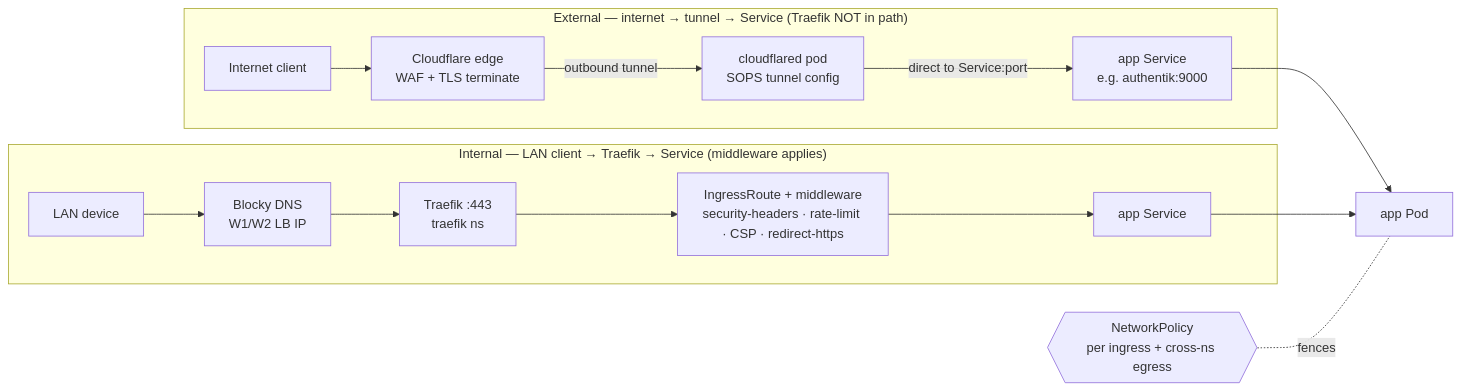
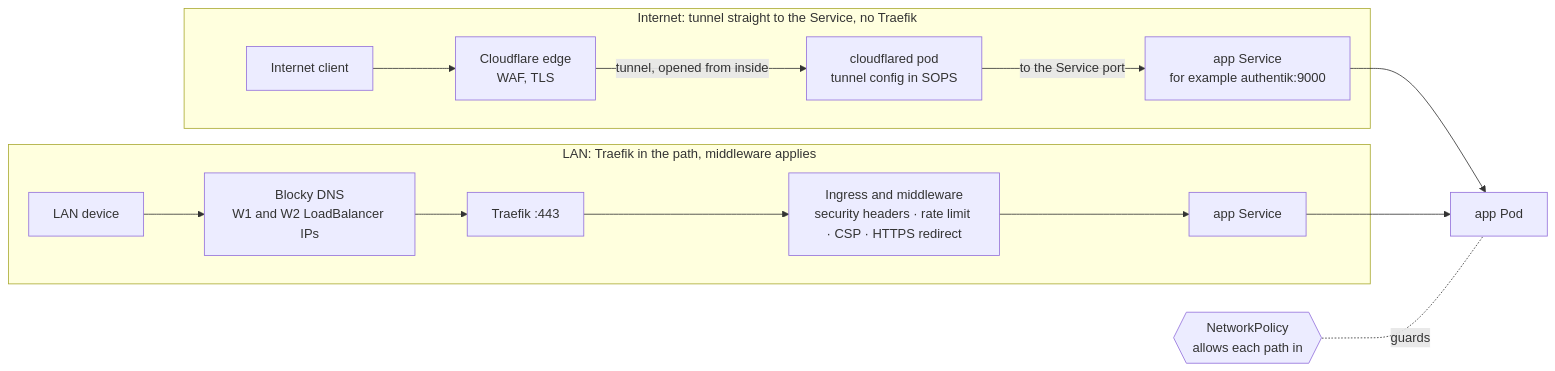
One commit to AKhozya/homelab changed the third of 4 diagrams in docs/ARCHITECTURE.md. Above: the diagram before and after it, drawn with Mermaid. The commit also changed other lines of this file and 1 other file, not shown here.

Commit message:
docs: rewrite README and ARCHITECTURE in plain English with re-derived facts and refreshed diagrams

````diff
--- a/docs/ARCHITECTURE.md
+++ b/docs/ARCHITECTURE.md
@@ -74,17 +106,17 @@
 ```mermaid
 flowchart LR
-  subgraph EXT["External — internet → tunnel → Service (Traefik NOT in path)"]
-    U1["Internet client"] --> CF["Cloudflare edge<br/>WAF + TLS terminate"]
-    CF -->|"outbound tunnel"| CFD["cloudflared pod<br/>SOPS tunnel config"]
-    CFD -->|"direct to Service:port"| SVCE["app Service<br/>e.g. authentik:9000"]
+  subgraph EXT["Internet: tunnel straight to the Service, no Traefik"]
+    U1["Internet client"] --> CF["Cloudflare edge<br/>WAF, TLS"]
+    CF -->|"tunnel, opened from inside"| CFD["cloudflared pod<br/>tunnel config in SOPS"]
+    CFD -->|"to the Service port"| SVCE["app Service<br/>for example authentik:9000"]
   end
-  subgraph INT["Internal — LAN client → Traefik → Service (middleware applies)"]
-    U2["LAN device"] --> BL["Blocky DNS<br/>W1/W2 LB IP"]
-    BL --> TR["Traefik :443<br/>traefik ns"]
-    TR --> ING["IngressRoute + middleware<br/>security-headers · rate-limit · CSP · redirect-https"]
+  subgraph INT["LAN: Traefik in the path, middleware applies"]
+    U2["LAN device"] --> BL["Blocky DNS<br/>W1 and W2 LoadBalancer IPs"]
+    BL --> TR["Traefik :443"]
+    TR --> ING["Ingress and middleware<br/>security headers · rate limit · CSP · HTTPS redirect"]
     ING --> SVCI["app Service"]
   end
   SVCE --> POD["app Pod"]
   SVCI --> POD
-  NP{{"NetworkPolicy<br/>per ingress + cross-ns egress"}} -. fences .- POD
+  NP{{"NetworkPolicy<br/>allows each path in"}} -. guards .- POD
 ```
````
